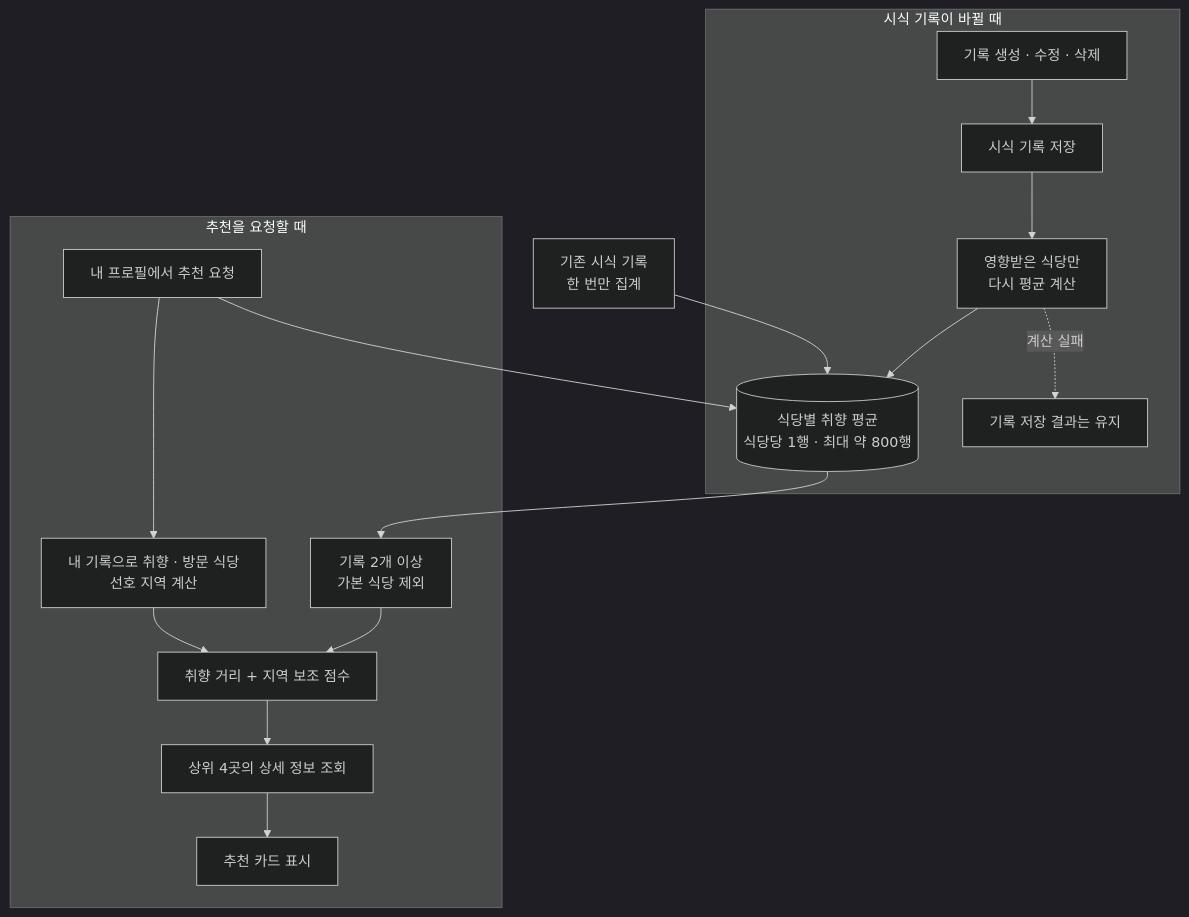
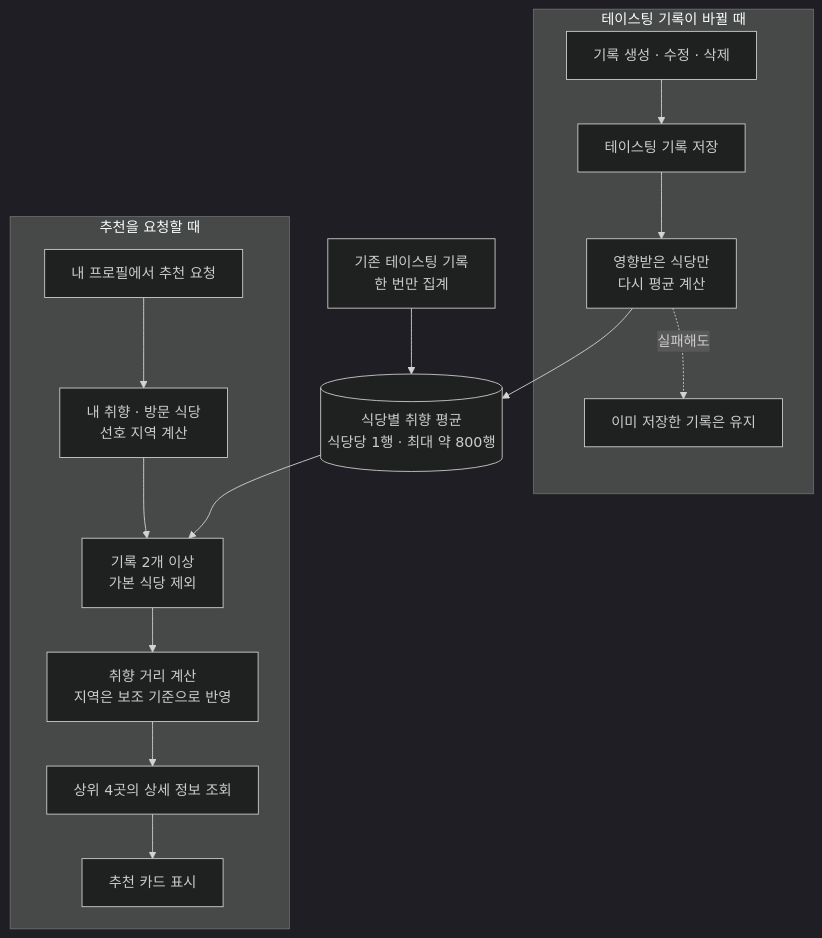
The second of 2 diagrams in public/mds/katsu-map/impl-4-recommend.md (Jinacker/PortFolio), drawn with Mermaid (dark theme) before and after one commit. The commit also changed other lines of this file and 5 other files, not shown here.

````diff
--- a/public/mds/katsu-map/impl-4-recommend.md
+++ b/public/mds/katsu-map/impl-4-recommend.md
@@ -88,21 +98,28 @@
 ```mermaid
 flowchart TB
-    Backfill["기존 시식 기록<br/>한 번만 집계"] --> Stats[("식당별 취향 평균<br/>식당당 1행 · 최대 약 800행")]
+    subgraph Write["테이스팅 기록이 바뀔 때"]
+        Change["기록 생성 · 수정 · 삭제"]
+        Save["테이스팅 기록 저장"]
+        Recalc["영향받은 식당만<br/>다시 평균 계산"]
 
-    subgraph Write["시식 기록이 바뀔 때"]
-        Change["기록 생성 · 수정 · 삭제"] --> Saved["시식 기록 저장"]
-        Saved --> Recalc["영향받은 식당만<br/>다시 평균 계산"]
-        Recalc --> Stats
-        Recalc -. "계산 실패" .-> Keep["기록 저장 결과는 유지"]
+        Change --> Save --> Recalc
+        Recalc -. "실패해도" .-> Keep["이미 저장한 기록은 유지"]
     end
 
+    Backfill["기존 테이스팅 기록<br/>한 번만 집계"] --> Stats
+    Recalc --> Stats[("식당별 취향 평균<br/>식당당 1행 · 최대 약 800행")]
+
     subgraph Read["추천을 요청할 때"]
-        Request["내 프로필에서 추천 요청"] --> Mine["내 기록으로 취향 · 방문 식당<br/>선호 지역 계산"]
-        Request --> Stats
-        Stats --> Filter["기록 2개 이상<br/>가본 식당 제외"]
-        Mine --> Rank["취향 거리 + 지역 보조 점수"]
-        Filter --> Rank
-        Rank --> Top["상위 4곳의 상세 정보 조회"]
-        Top --> Cards["추천 카드 표시"]
+        Request["내 프로필에서 추천 요청"]
+        Profile["내 취향 · 방문 식당<br/>선호 지역 계산"]
+        Candidate["기록 2개 이상<br/>가본 식당 제외"]
+        Score["취향 거리 계산<br/>지역은 보조 기준으로 반영"]
+        Top["상위 4곳의 상세 정보 조회"]
+        Cards["추천 카드 표시"]
+
+        Request --> Profile --> Candidate
+        Candidate --> Score --> Top --> Cards
     end
+
+    Stats --> Candidate
 ```
````
